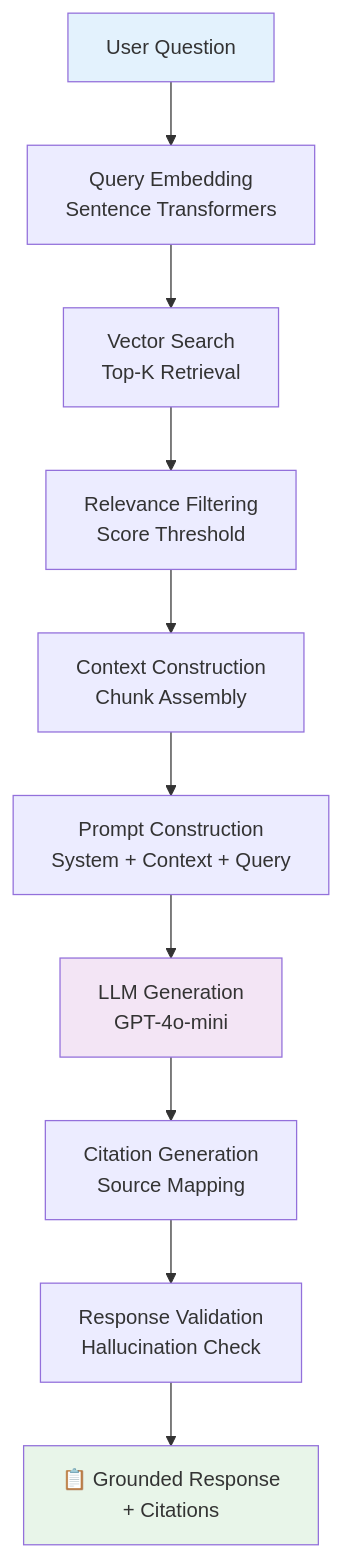
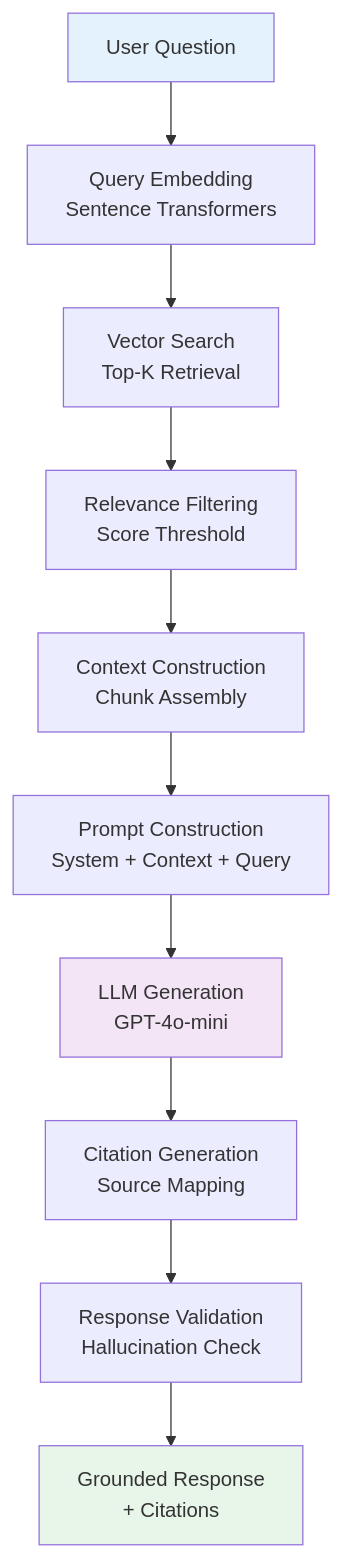
The third of 3 diagrams in README.md (Samar-365/Financial-Document-Intelligence-RAG-Analytics-Platform), drawn with Mermaid before and after one commit. The commit also changed other lines of this file and 3 other files, not shown here.

````diff
--- a/README.md
+++ b/README.md
@@ -259,16 +258,16 @@
 ```mermaid
 flowchart TD
     Q[User Question] --> QE[Query Embedding<br/>Sentence Transformers]
     QE --> VS[Vector Search<br/>Top-K Retrieval]
     VS --> RF[Relevance Filtering<br/>Score Threshold]
     RF --> CC[Context Construction<br/>Chunk Assembly]
     CC --> PP[Prompt Construction<br/>System + Context + Query]
     PP --> LLM[LLM Generation<br/>GPT-4o-mini]
     LLM --> CG[Citation Generation<br/>Source Mapping]
     CG --> RV[Response Validation<br/>Hallucination Check]
-    RV --> R[📋 Grounded Response<br/>+ Citations]
+    RV --> R[ Grounded Response<br/>+ Citations]
 
     style Q fill:#e3f2fd
     style R fill:#e8f5e9
     style LLM fill:#f3e5f5
 ```
````
